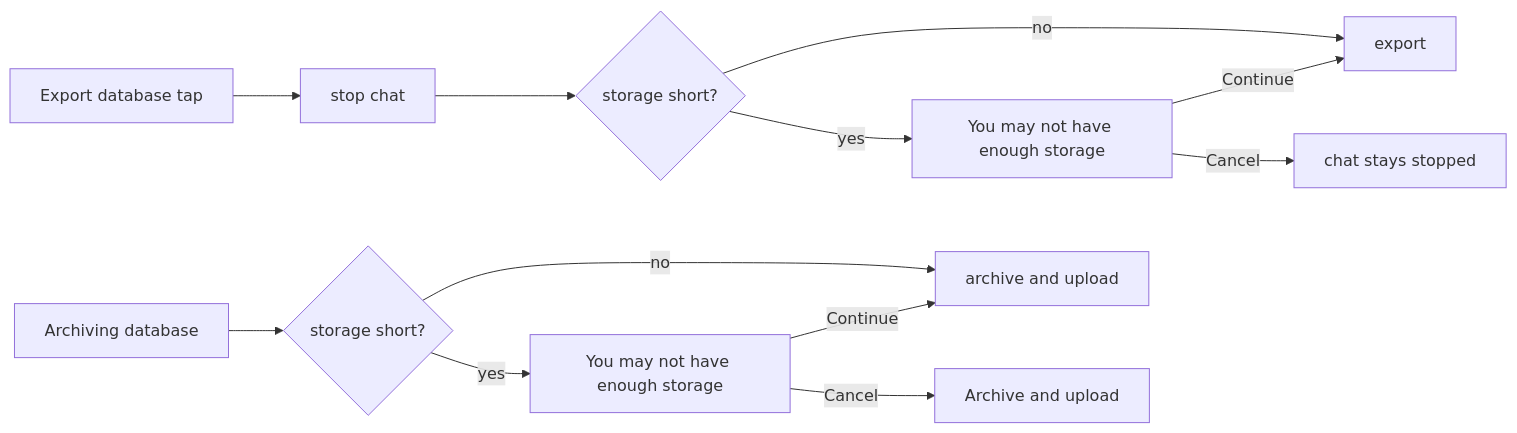
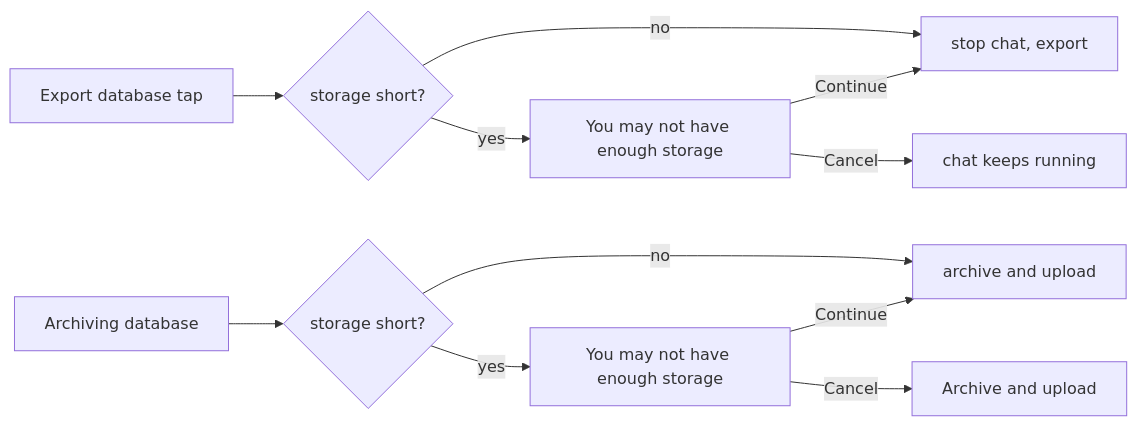
Before and after one commit to Narasimha-sc/simplex-chat: the second of 2 diagrams in plans/2026-11-07-export-storage-check.md, drawn with Mermaid. The commit also changed other lines of this file and 1 other file, not shown here.

Commit message:
ios: check export storage before stopping the chat, so Cancel keeps it running

````diff
--- a/plans/2026-11-07-export-storage-check.md
+++ b/plans/2026-11-07-export-storage-check.md
@@ -36,13 +36,13 @@
 ```mermaid
 flowchart LR
-  E["Export database tap"] --> S["stop chat"] --> C1{"storage short?"}
-  C1 -- no --> X["export"]
+  E["Export database tap"] --> C1{"storage short?"}
+  C1 -- no --> X["stop chat, export"]
   C1 -- yes --> W1["You may not have enough storage"]
   W1 -- Continue --> X
-  W1 -- Cancel --> P["chat stays stopped"]
+  W1 -- Cancel --> P["chat keeps running"]
   A["Archiving database"] --> C2{"storage short?"}
   C2 -- no --> X2["archive and upload"]
   C2 -- yes --> W2["You may not have enough storage"]
   W2 -- Continue --> X2
   W2 -- Cancel --> U["Archive and upload"]
 ```
````
